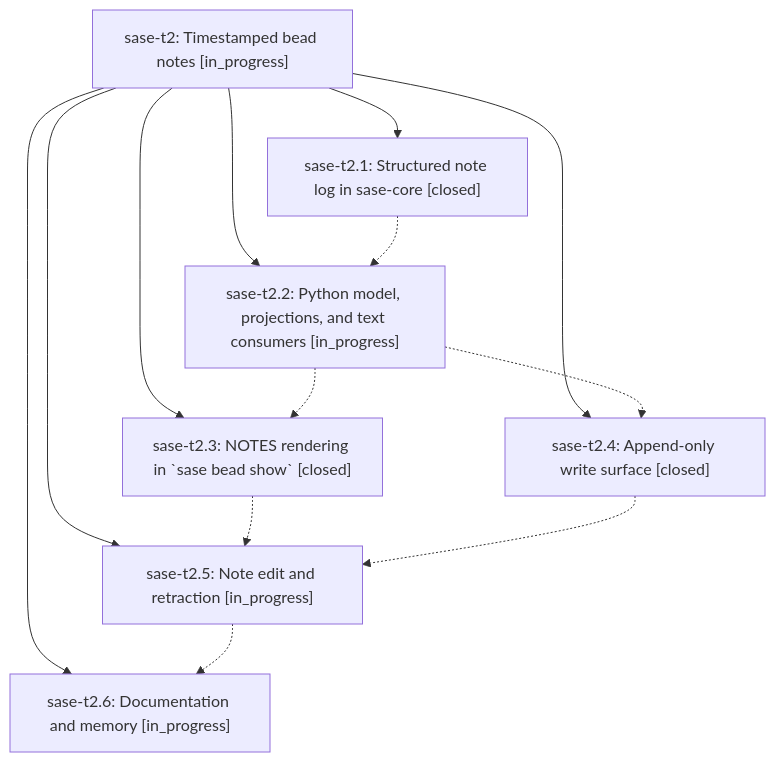
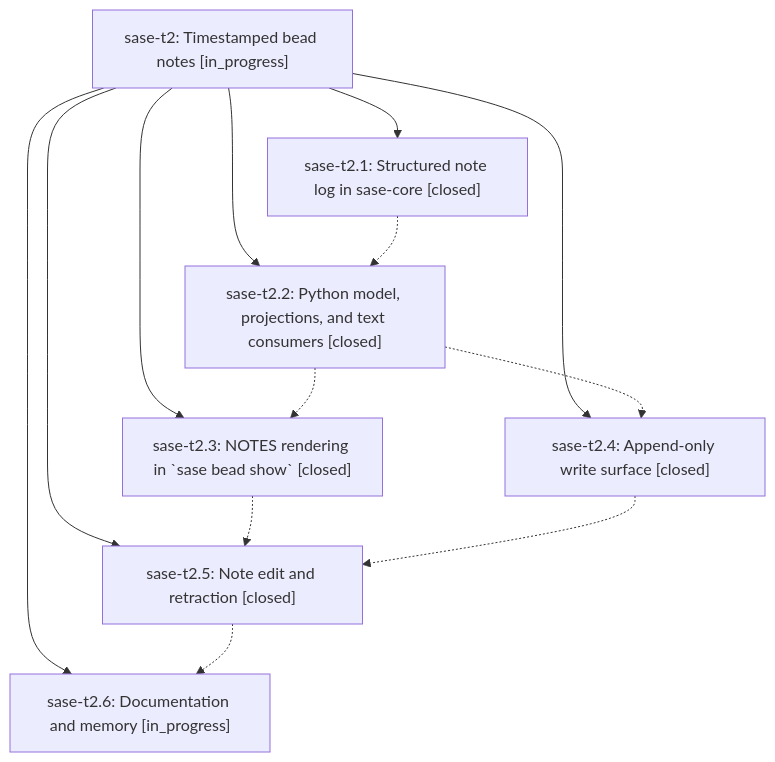
One commit to sase-org/sase--beads changed the diagram in pages/sase-t2/README.md. Above: the diagram before and after it, drawn with Mermaid. The commit also changed other lines of this file and 6 other files, not shown here.

````diff
--- a/pages/sase-t2/README.md
+++ b/pages/sase-t2/README.md
@@ -27,22 +43,22 @@
 ```mermaid
 flowchart TD
     n0["sase-t2: Timestamped bead notes [in_progress]"]
     n1["sase-t2.1: Structured note log in sase-core [closed]"]
-    n2["sase-t2.2: Python model, projections, and text consumers [in_progress]"]
+    n2["sase-t2.2: Python model, projections, and text consumers [closed]"]
     n3["sase-t2.3: NOTES rendering in `sase bead show` [closed]"]
     n4["sase-t2.4: Append-only write surface [closed]"]
-    n5["sase-t2.5: Note edit and retraction [in_progress]"]
+    n5["sase-t2.5: Note edit and retraction [closed]"]
     n6["sase-t2.6: Documentation and memory [in_progress]"]
     n0 --> n1
     n0 --> n2
     n0 --> n3
     n0 --> n4
     n0 --> n5
     n0 --> n6
     n1 -.-> n2
     n2 -.-> n3
     n2 -.-> n4
     n3 -.-> n5
     n4 -.-> n5
     n5 -.-> n6
 ```
````
